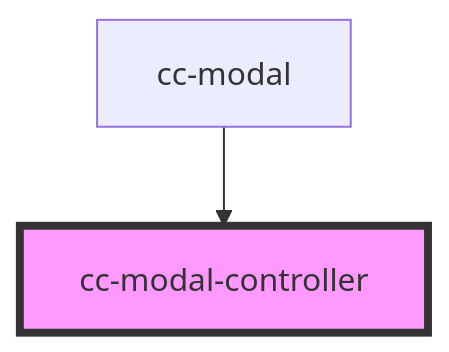
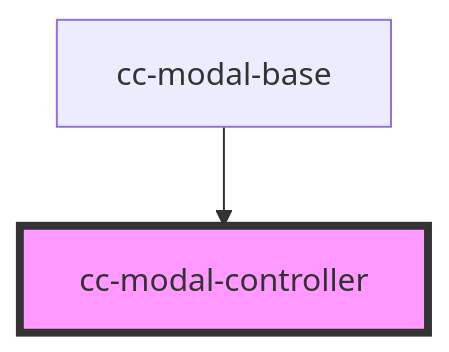
Before and after one commit to lacafetalab/cafeta-components: the diagram in packages/core/src/components/cc-modal-controller/readme.md, drawn with Mermaid. The commit also changed other lines of this file and 17 other files, not shown here.

Commit message:
feat(modal): add base

````diff
--- a/packages/core/src/components/cc-modal-controller/readme.md
+++ b/packages/core/src/components/cc-modal-controller/readme.md
@@ -22,5 +22,5 @@
 ```mermaid
 graph TD;
-  cc-modal --> cc-modal-controller
+  cc-modal-base --> cc-modal-controller
   style cc-modal-controller fill:#f9f,stroke:#333,stroke-width:4px
 ```
````
